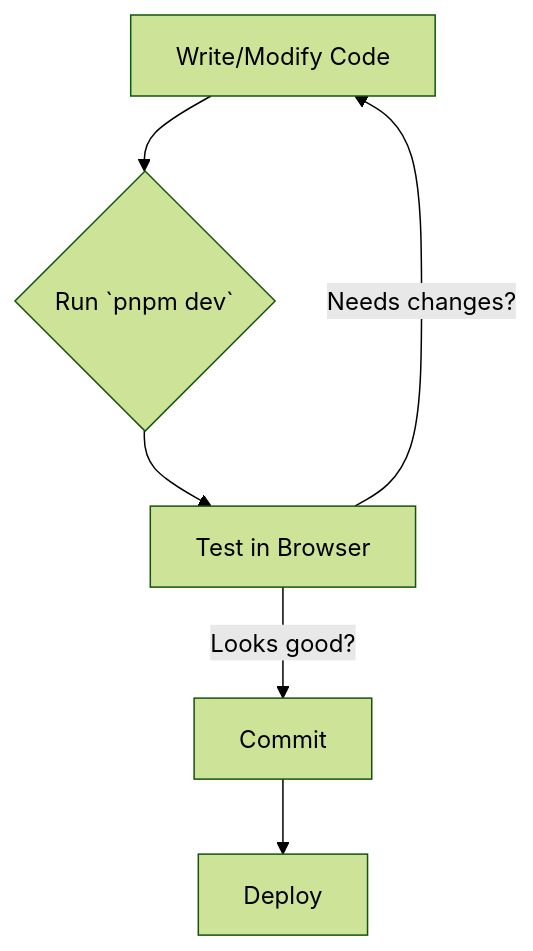
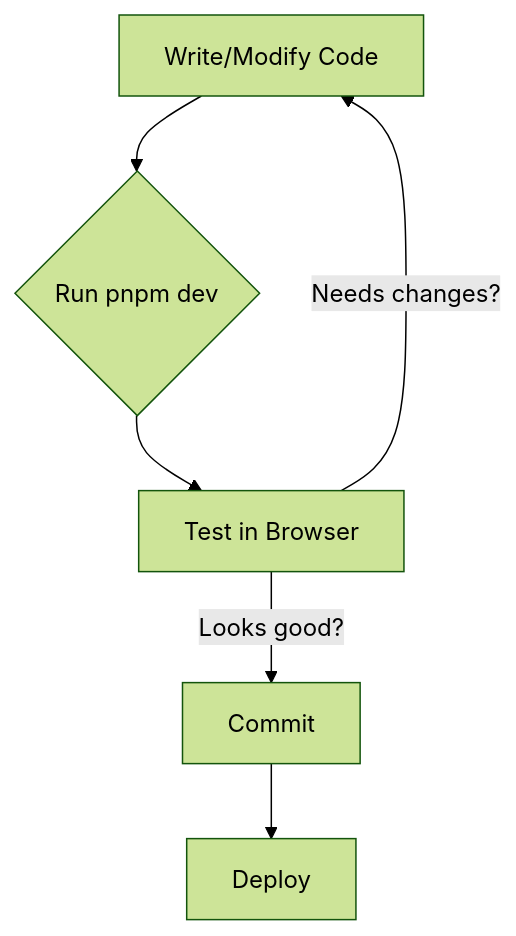
Before and after one commit to Rajeev-SG/rajeevg.com: the diagram in content/posts/hello-world.md, drawn with Mermaid (forest theme). The commit also changed 5 other files, not shown here.

First line of the commit message:
Add accessible tooltips overlay for Mermaid SVG links

````diff
--- a/content/posts/hello-world.md
+++ b/content/posts/hello-world.md
@@ -113,8 +113,10 @@
 ```mermaid
 graph TD
-  A[Write/Modify Code] --> B{Run `pnpm dev`}
+  A[Write/Modify Code] --> B{Run pnpm dev}
   B --> C[Test in Browser]
   C -->|Looks good?| D[Commit]
   C -->|Needs changes?| A
   D --> E[Deploy]
+  %% Clickable node with tooltip (docs for pnpm run)
+  click B href "https://pnpm.io/cli/run" "pnpm run (dev) documentation"
 ```
````
